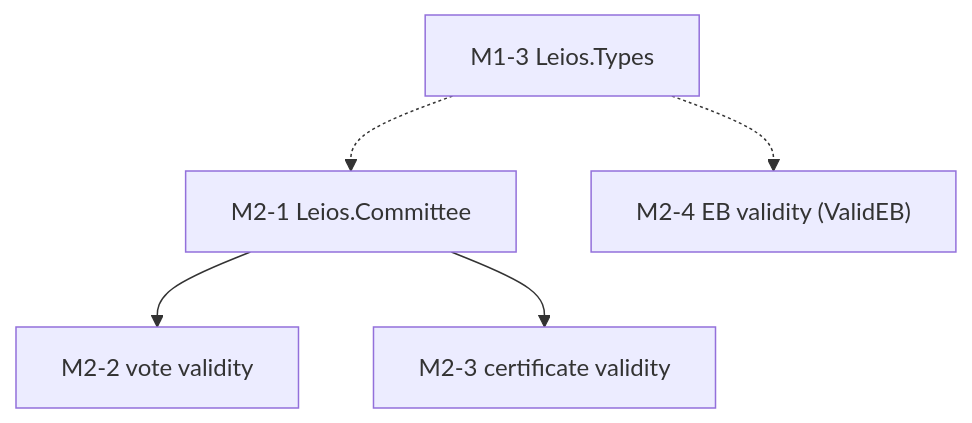
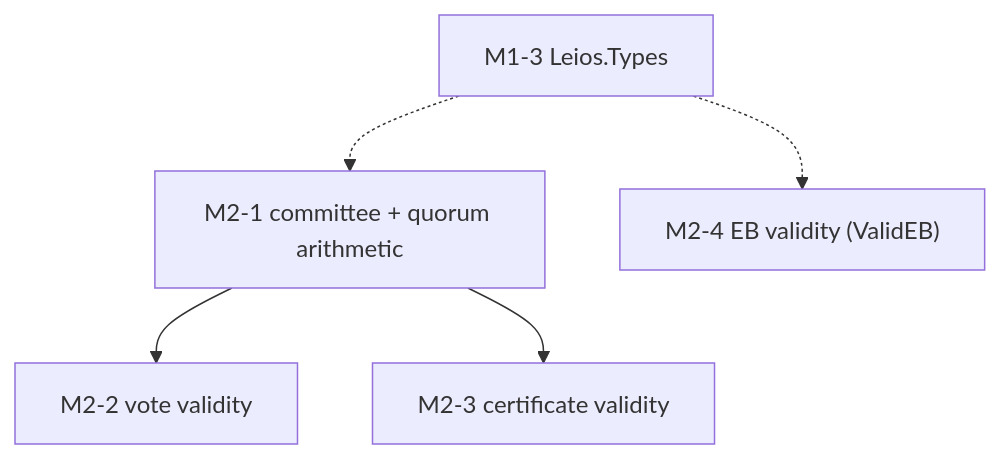
The second of 4 diagrams in docs/GITHUB_PROJECT_6WEEK.md (williamdemeo/formal-ledger-specifications), drawn with Mermaid before and after one commit. The commit also changed other lines of this file, not shown here.

First line of the commit message:
Adopt the three-module Leios layout

````diff
--- a/docs/GITHUB_PROJECT_6WEEK.md
+++ b/docs/GITHUB_PROJECT_6WEEK.md
@@ -163,10 +163,10 @@
 ```mermaid
 graph TD
   M1_3["M1-3 Leios.Types"]
-  M2_1["M2-1 Leios.Committee"]
+  M2_1["M2-1 committee + quorum arithmetic"]
   M2_2["M2-2 vote validity"]
   M2_3["M2-3 certificate validity"]
   M2_4["M2-4 EB validity (ValidEB)"]
   M1_3 -.-> M2_1 & M2_4
   M2_1 --> M2_2 & M2_3
 ```
````
